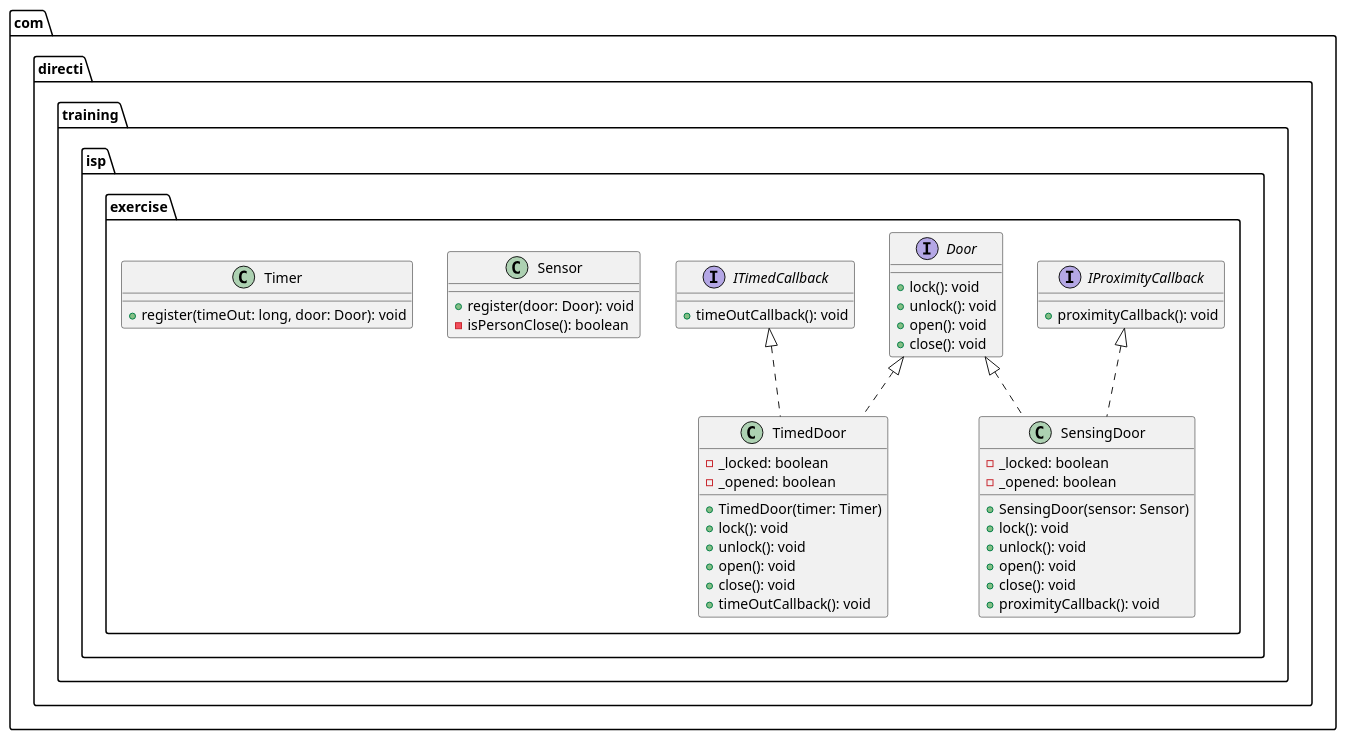
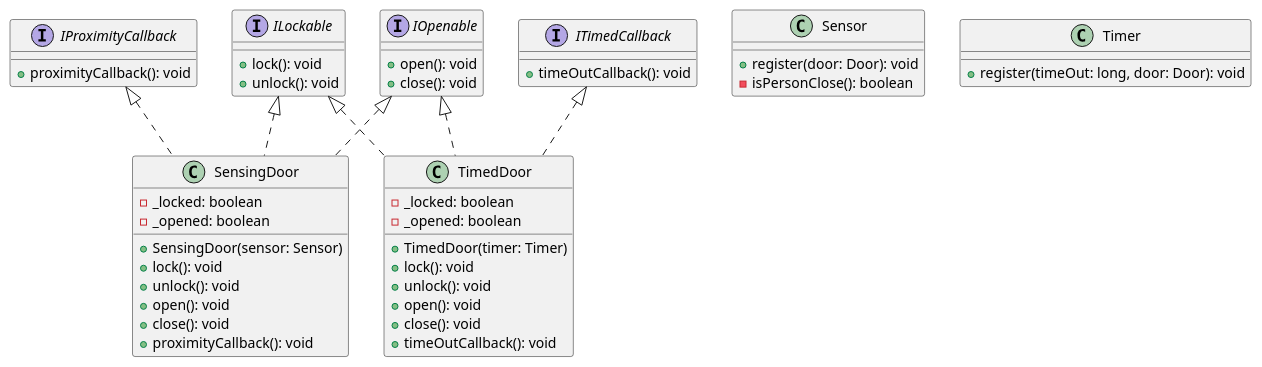
Before and after one commit to EyaRidene/TP_SOLID: the diagram in ISP/src/com/directi/training/isp/exercise_refactored/UML/isp.plantuml, drawn with PlantUML. The commit also changed 8 other files, not shown here.

```diff
--- a/ISP/src/com/directi/training/isp/exercise_refactored/UML/isp.plantuml
+++ b/ISP/src/com/directi/training/isp/exercise_refactored/UML/isp.plantuml
@@ -1,56 +1,57 @@
 @startuml
-
-package "com.directi.training.isp.exercise" {
-    interface Door {
-        + lock(): void
-        + unlock(): void
-        + open(): void
-        + close(): void
-    }
-
-    interface IProximityCallback {
-        + proximityCallback(): void
-    }
-
-    interface ITimedCallback {
-        + timeOutCallback(): void
-    }
-
-    class SensingDoor {
-        - _locked: boolean
-        - _opened: boolean
-        + SensingDoor(sensor: Sensor)
-        + lock(): void
-        + unlock(): void
-        + open(): void
-        + close(): void
-        + proximityCallback(): void
-    }
-
-    class Sensor {
-        + register(door: Door): void
-        - isPersonClose(): boolean
-    }
-
-    class TimedDoor {
-        - _locked: boolean
-        - _opened: boolean
-        + TimedDoor(timer: Timer)
-        + lock(): void
-        + unlock(): void
-        + open(): void
-        + close(): void
-        + timeOutCallback(): void
-    }
-
-    class Timer {
-        + register(timeOut: long, door: Door): void
-    }
+interface ILockable {
+    +lock(): void
+    +unlock(): void
 }
 
-Door <|.. SensingDoor
-Door <|.. TimedDoor
+interface IOpenable {
+    +open(): void
+    +close(): void
+}
+
+interface IProximityCallback {
+    +proximityCallback(): void
+}
+
+interface ITimedCallback {
+    +timeOutCallback(): void
+}
+
+class SensingDoor {
+    -_locked: boolean
+    -_opened: boolean
+    +SensingDoor(sensor: Sensor)
+    +lock(): void
+    +unlock(): void
+    +open(): void
+    +close(): void
+    +proximityCallback(): void
+}
+
+class TimedDoor {
+    -_locked: boolean
+    -_opened: boolean
+    +TimedDoor(timer: Timer)
+    +lock(): void
+    +unlock(): void
+    +open(): void
+    +close(): void
+    +timeOutCallback(): void
+}
+
+class Sensor {
+    +register(door: Door): void
+    -isPersonClose(): boolean
+}
+
+class Timer {
+    +register(timeOut: long, door: Door): void
+}
+
+ILockable <|.. SensingDoor
+IOpenable <|.. SensingDoor
 IProximityCallback <|.. SensingDoor
 ITimedCallback <|.. TimedDoor
-
+IOpenable <|.. TimedDoor
+ILockable <|.. TimedDoor
 @enduml
```
